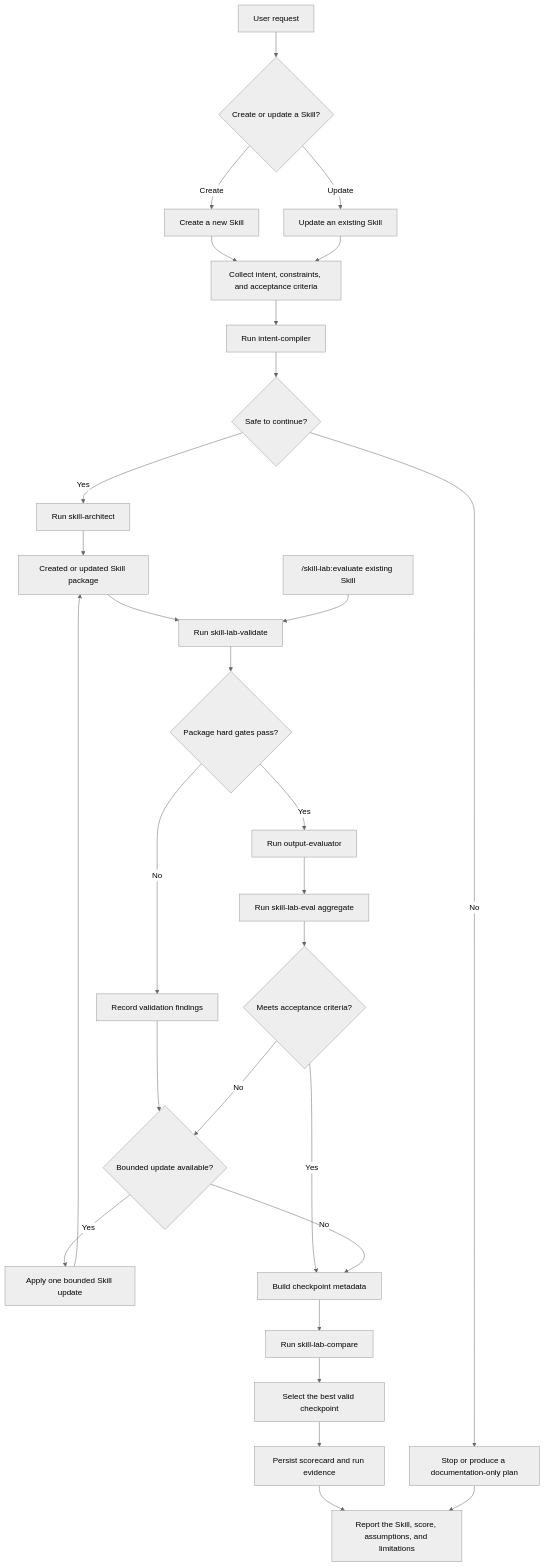
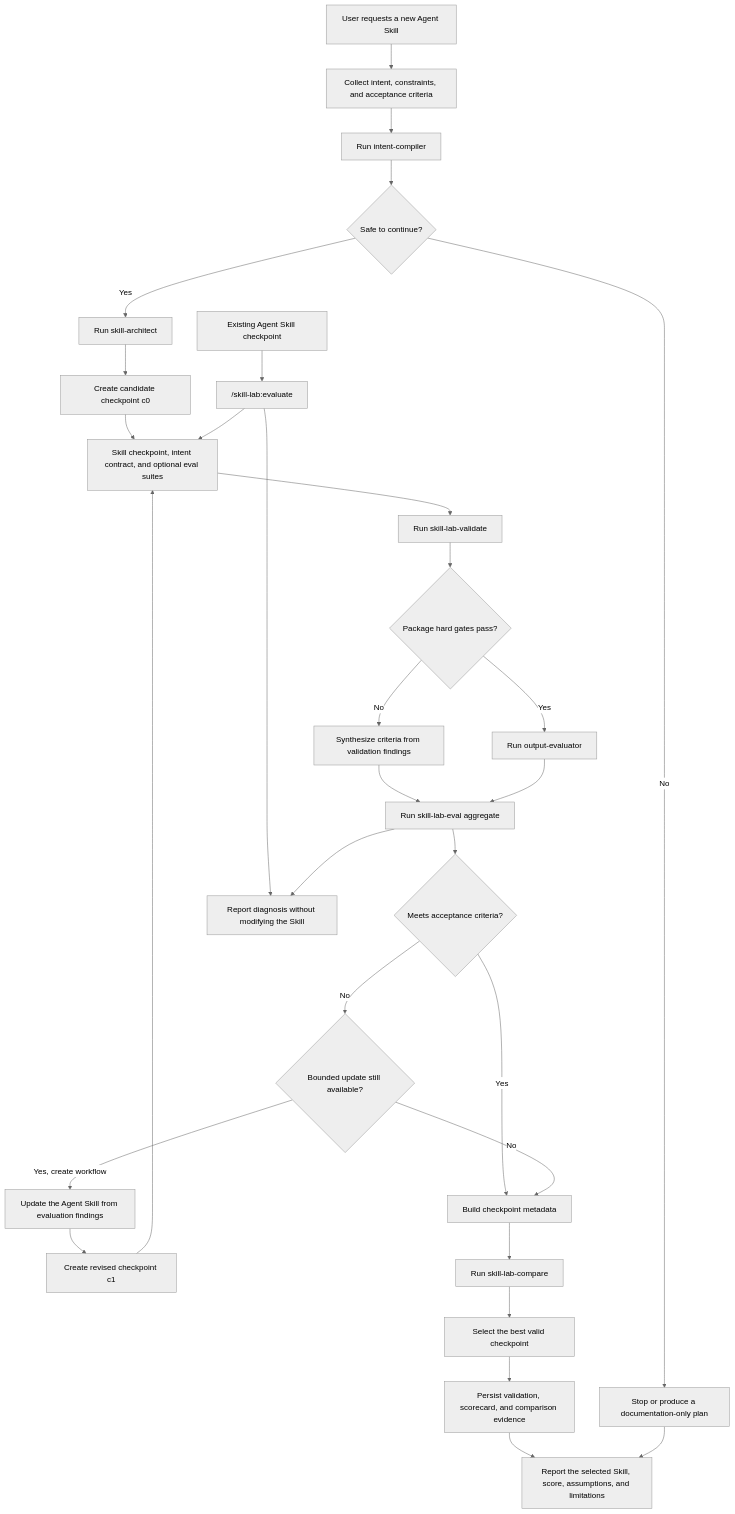
One commit to yu-iskw/skill-lab changed the diagram in README.md. Above: the diagram before and after it, drawn with Mermaid (neutral theme). The commit also changed other lines of this file, not shown here.

Commit message:
docs: model evaluation as checkpoint-dependent workload

````diff
--- a/README.md
+++ b/README.md
@@ -11,56 +11,65 @@
 ```mermaid
 flowchart TD
-    request["User request"]
-    operation{"Create or update a Skill?"}
-    create["Create a new Skill"]
-    update["Update an existing Skill"]
+    request["User requests a new Agent Skill"]
     collect["Collect intent, constraints, and acceptance criteria"]
     compile["Run intent-compiler"]
     safety{"Safe to continue?"}
     stop["Stop or produce a documentation-only plan"]
     architect["Run skill-architect"]
-    skill["Created or updated Skill package"]
+    candidate0["Create candidate checkpoint c0"]
+
+    existing["Existing Agent Skill checkpoint"]
+    manual["/skill-lab:evaluate <skill-dir>"]
+
+    evaluationInput["Skill checkpoint, intent contract, and optional eval suites"]
     validate["Run skill-lab-validate"]
     valid{"Package hard gates pass?"}
-    findings["Record validation findings"]
-    evaluate["Run output-evaluator"]
+    synthesize["Synthesize criteria from validation findings"]
+    evaluator["Run output-evaluator"]
     aggregate["Run skill-lab-eval aggregate"]
     acceptable{"Meets acceptance criteria?"}
-    repair{"Bounded update available?"}
-    revise["Apply one bounded Skill update"]
-    checkpoint["Build checkpoint metadata"]
+    repairAvailable{"Bounded update still available?"}
+    update["Update the Agent Skill from evaluation findings"]
+    candidate1["Create revised checkpoint c1"]
+    checkpoints["Build checkpoint metadata"]
     compare["Run skill-lab-compare"]
     select["Select the best valid checkpoint"]
-    evidence["Persist scorecard and run evidence"]
-    report["Report the Skill, score, assumptions, and limitations"]
-    standalone["/skill-lab:evaluate existing Skill"]
+    evidence["Persist validation, scorecard, and comparison evidence"]
+    report["Report the selected Skill, score, assumptions, and limitations"]
+    diagnosis["Report diagnosis without modifying the Skill"]
 
-    request --> operation
-    operation -->|"Create"| create
-    operation -->|"Update"| update
-    create --> collect
-    update --> collect
+    request --> collect
     collect --> compile
     compile --> safety
     safety -->|"No"| stop
     safety -->|"Yes"| architect
-    architect --> skill
-    skill --> validate
+    architect --> candidate0
+    candidate0 --> evaluationInput
+
+    existing --> manual
+    manual --> evaluationInput
+
+    evaluationInput --> validate
     validate --> valid
-    valid -->|"No"| findings
-    valid -->|"Yes"| evaluate
-    findings --> repair
-    evaluate --> aggregate
+    valid -->|"No"| synthesize
+    valid -->|"Yes"| evaluator
+    synthesize --> aggregate
+    evaluator --> aggregate
     aggregate --> acceptable
-    acceptable -->|"Yes"| checkpoint
-    acceptable -->|"No"| repair
-    repair -->|"Yes"| revise
-    repair -->|"No"| checkpoint
-    revise --> skill
-    checkpoint --> compare
+
+    acceptable -->|"Yes"| checkpoints
+    acceptable -->|"No"| repairAvailable
+    repairAvailable -->|"Yes, create workflow"| update
+    update --> candidate1
+    candidate1 --> evaluationInput
+    repairAvailable -->|"No"| checkpoints
+
+    checkpoints --> compare
     compare --> select
     select --> evidence
     evidence --> report
+
+    manual --> diagnosis
+    aggregate --> diagnosis
     stop --> report
-    standalone --> validate
 ```
````
